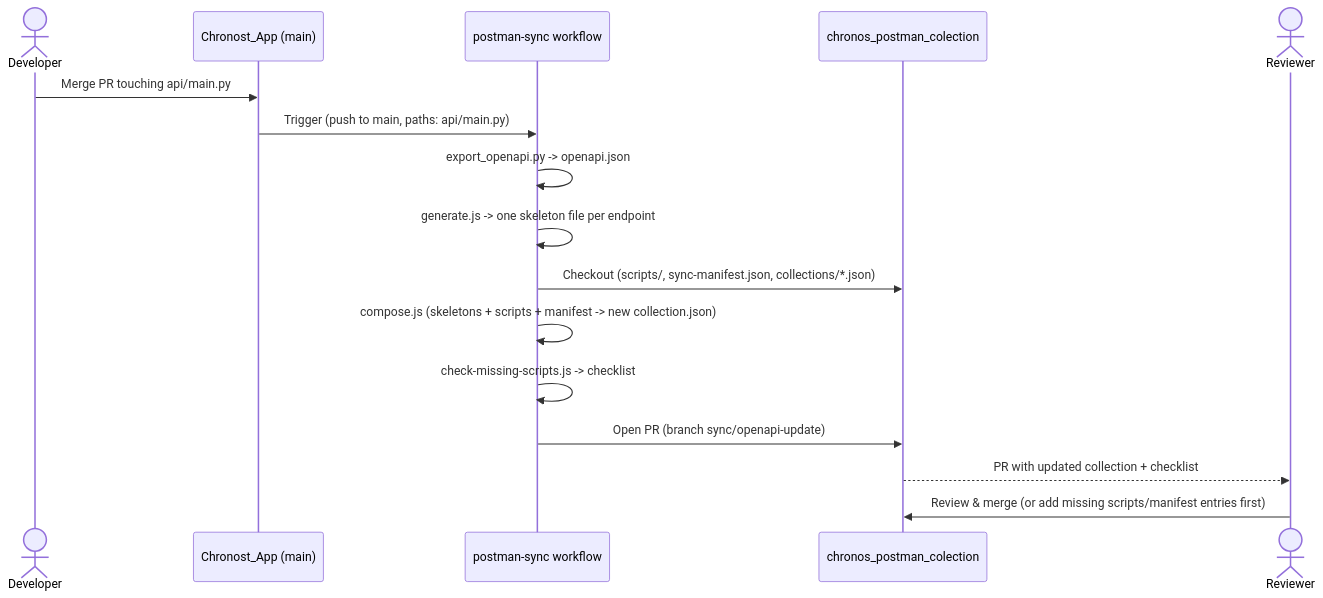
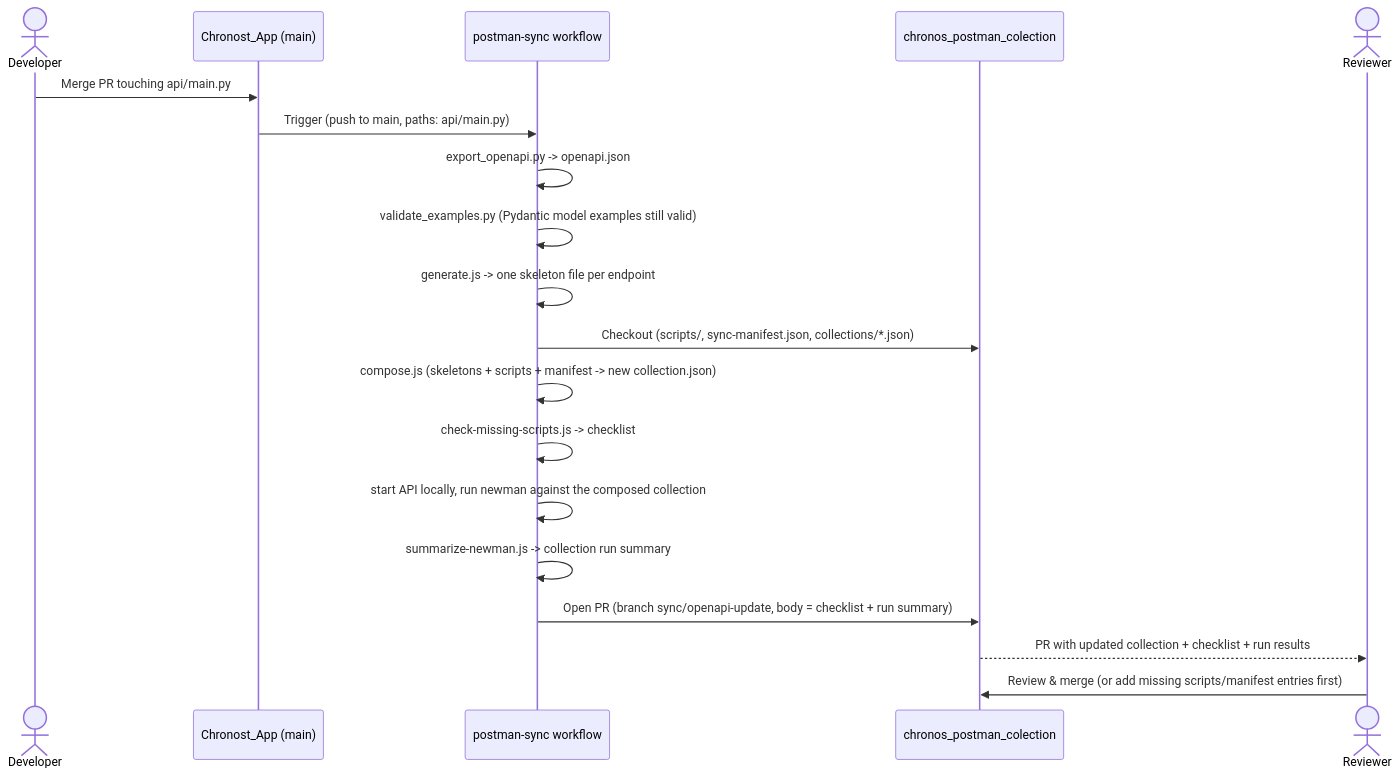
One commit to jirivondra/Chronost_App changed the diagram in postman-sync/README.md. Above: the diagram before and after it, drawn with Mermaid. The commit also changed other lines of this file and 5 other files, not shown here.

First line of the commit message:
feat: validate model examples and run the collection against a live API

````diff
--- a/postman-sync/README.md
+++ b/postman-sync/README.md
@@ -7,19 +7,22 @@
 ```mermaid
 sequenceDiagram
     actor Dev as Developer
     participant App as Chronost_App (main)
     participant CI as postman-sync workflow
     participant Repo as chronos_postman_colection
     actor Rev as Reviewer
 
     Dev->>App: Merge PR touching api/main.py
     App->>CI: Trigger (push to main, paths: api/main.py)
     CI->>CI: export_openapi.py -> openapi.json
+    CI->>CI: validate_examples.py (Pydantic model examples still valid)
     CI->>CI: generate.js -> one skeleton file per endpoint
     CI->>Repo: Checkout (scripts/, sync-manifest.json, collections/*.json)
     CI->>CI: compose.js (skeletons + scripts + manifest -> new collection.json)
     CI->>CI: check-missing-scripts.js -> checklist
-    CI->>Repo: Open PR (branch sync/openapi-update)
-    Repo-->>Rev: PR with updated collection + checklist
+    CI->>CI: start API locally, run newman against the composed collection
+    CI->>CI: summarize-newman.js -> collection run summary
+    CI->>Repo: Open PR (branch sync/openapi-update, body = checklist + run summary)
+    Repo-->>Rev: PR with updated collection + checklist + run results
     Rev->>Repo: Review & merge (or add missing scripts/manifest entries first)
 ```
````
